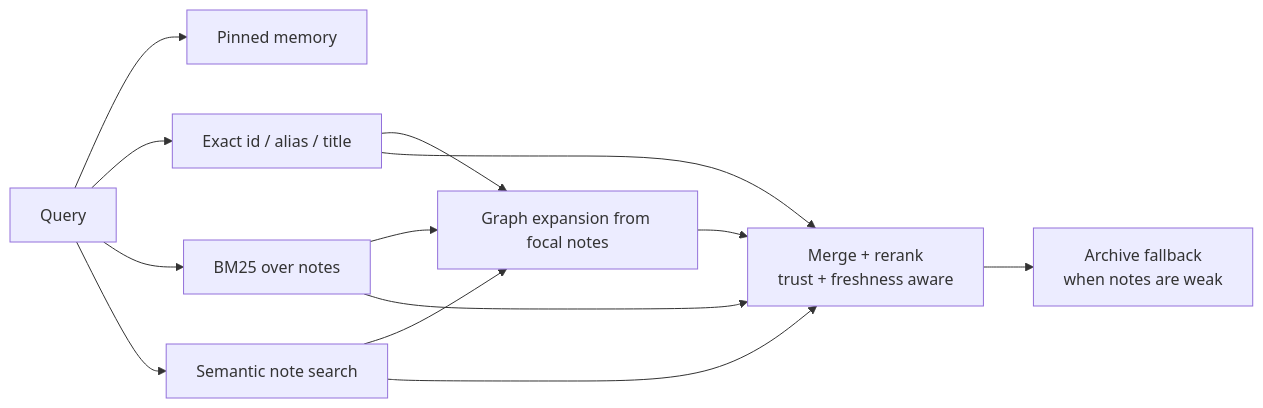
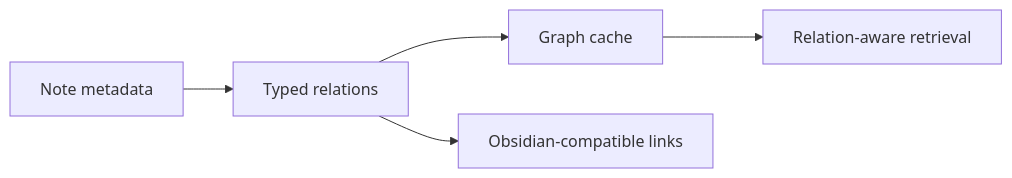
The seventh of 8 diagrams in README.md (Jianyu010/MnemonicOS), drawn with Mermaid before and after one commit. The commit also changed other lines of this file and 15 other files, not shown here.

````diff
--- a/README.md
+++ b/README.md
@@ -157,15 +196,7 @@
 ```mermaid
 flowchart LR
-    Q["Query"] --> P["Pinned memory"]
-    Q --> X["Exact id / alias / title"]
-    Q --> B["BM25 over notes"]
-    Q --> S["Semantic note search"]
-    X --> G["Graph expansion from focal notes"]
-    B --> G
-    S --> G
-    X --> R["Merge + rerank<br/>trust + freshness aware"]
-    B --> R
-    S --> R
-    G --> R
-    R --> A["Archive fallback<br/>when notes are weak"]
+    N["Note metadata"] --> R["Typed relations"]
+    R --> G["Graph cache"]
+    R --> O["Obsidian-compatible links"]
+    G --> X["Relation-aware retrieval"]
 ```
````
